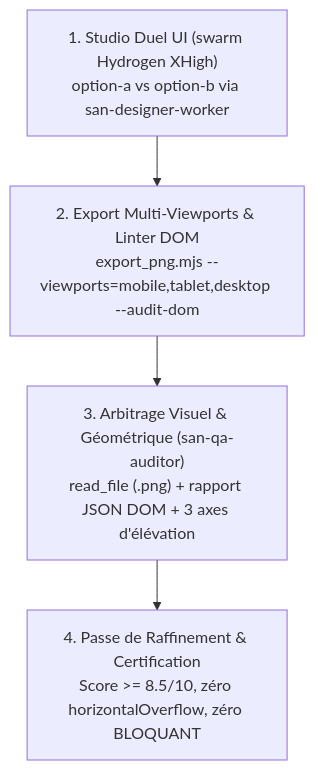
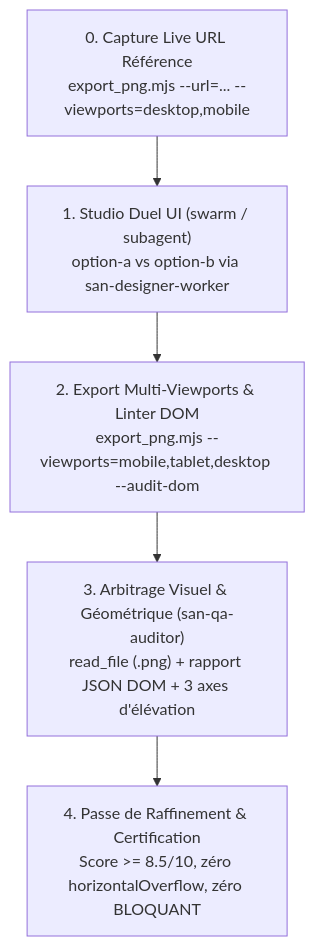
Before and after one commit to alexsan-dev/san_agy_framework: the diagram in src/skills/san_designer/SKILL.md, drawn with Mermaid. The commit also changed other lines of this file and 69 other files, not shown here.

````diff
--- a/src/skills/san_designer/SKILL.md
+++ b/src/skills/san_designer/SKILL.md
@@ -26,6 +26,7 @@
 ```mermaid
 flowchart TD
-    Duel["1. Studio Duel UI (swarm Hydrogen XHigh)\noption-a vs option-b via san-designer-worker"] --> Export["2. Export Multi-Viewports & Linter DOM\nexport_png.mjs --viewports=mobile,tablet,desktop --audit-dom"]
+    Ref["0. Capture Live URL Référence\nexport_png.mjs --url=... --viewports=desktop,mobile"] --> Duel["1. Studio Duel UI (swarm / subagent)\noption-a vs option-b via san-designer-worker"]
+    Duel --> Export["2. Export Multi-Viewports & Linter DOM\nexport_png.mjs --viewports=mobile,tablet,desktop --audit-dom"]
     Export --> Audit["3. Arbitrage Visuel & Géométrique (san-qa-auditor)\nread_file (.png) + rapport JSON DOM + 3 axes d'élévation"]
     Audit --> Refine["4. Passe de Raffinement & Certification\nScore >= 8.5/10, zéro horizontalOverflow, zéro BLOQUANT"]
 ```
````
